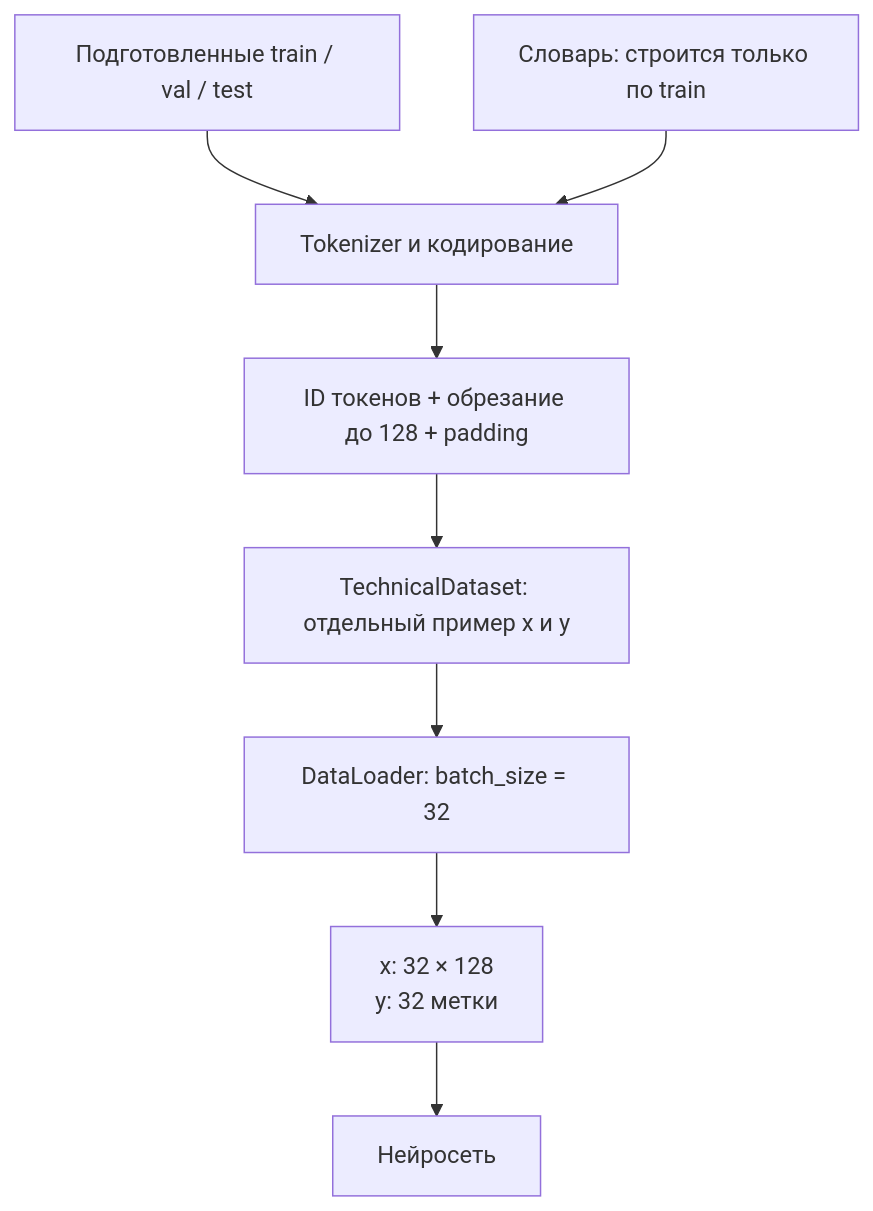
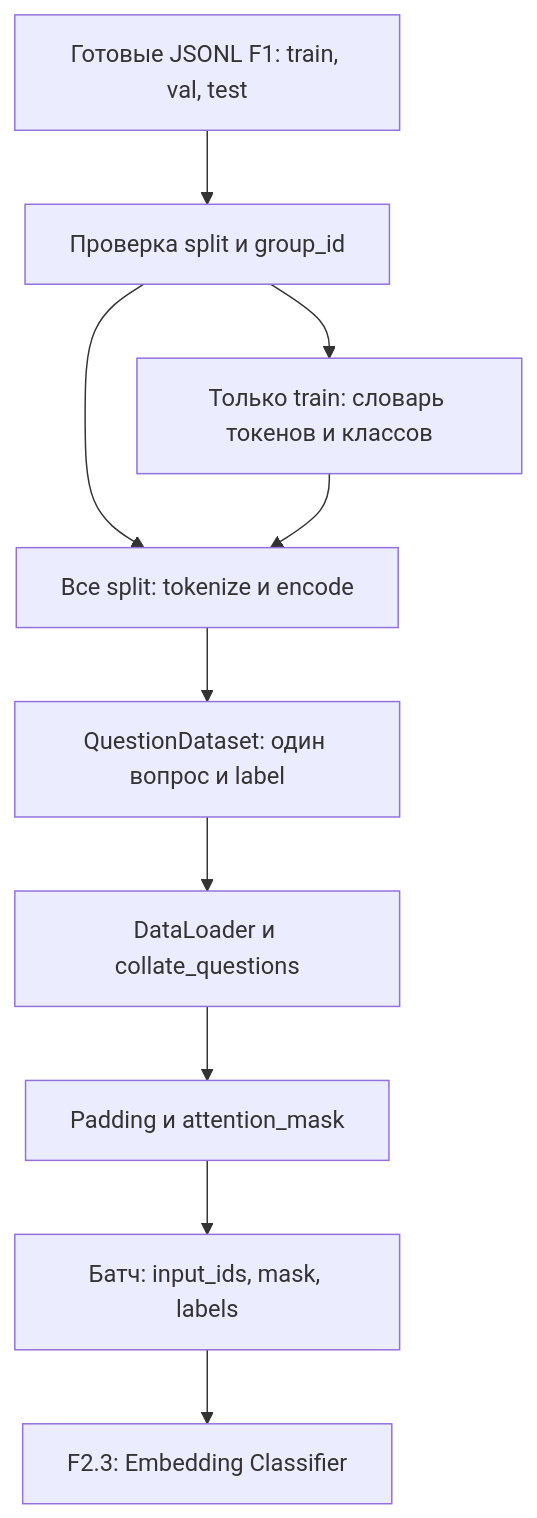
Before and after one commit to trasher88/ml-engineering-lab: the diagram in docs/steps/F2_02_dataset_dataloader.md, drawn with Mermaid. The commit also changed other lines of this file and 7 other files, not shown here.

````diff
--- a/docs/steps/F2_02_dataset_dataloader.md
+++ b/docs/steps/F2_02_dataset_dataloader.md
@@ -125,10 +207,12 @@
 ```mermaid
 flowchart TD
-    A["Подготовленные train / val / test"] --> C["Tokenizer и кодирование"]
-    B["Словарь: строится только по train"] --> C
-    C --> D["ID токенов + обрезание до 128 + padding"]
-    D --> E["TechnicalDataset: отдельный пример x и y"]
-    E --> F["DataLoader: batch_size = 32"]
-    F --> G["x: 32 × 128<br/>y: 32 метки"]
-    G --> H["Нейросеть"]
+    A[Готовые JSONL F1: train, val, test] --> B[Проверка split и group_id]
+    B --> C[Только train: словарь токенов и классов]
+    B --> D[Все split: tokenize и encode]
+    C --> D
+    D --> E[QuestionDataset: один вопрос и label]
+    E --> F[DataLoader и collate_questions]
+    F --> G[Padding и attention_mask]
+    G --> H[Батч: input_ids, mask, labels]
+    H --> I[F2.3: Embedding Classifier]
 ```
````
